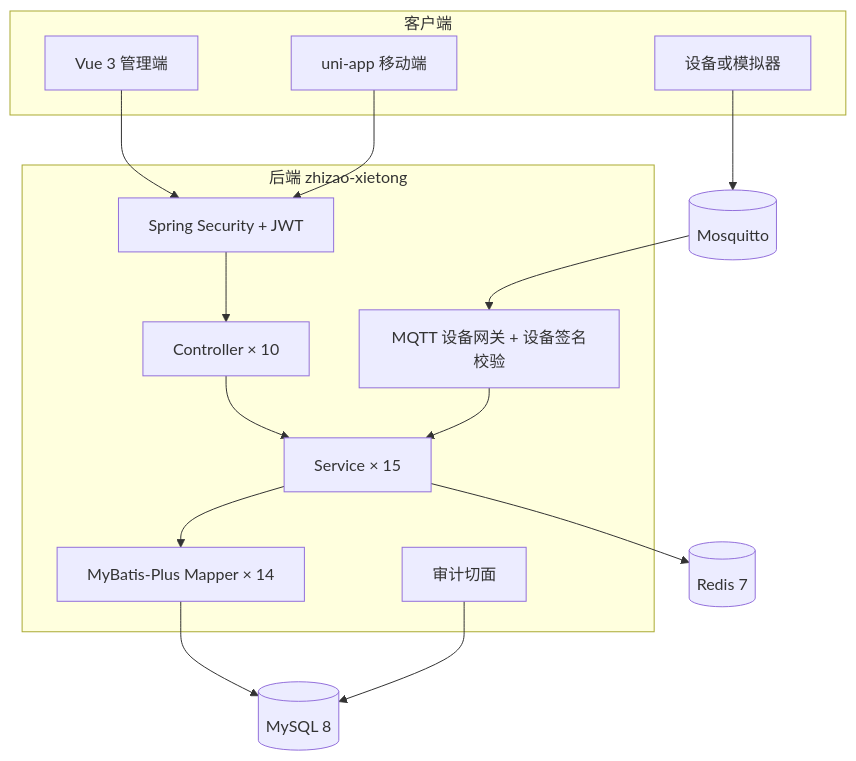
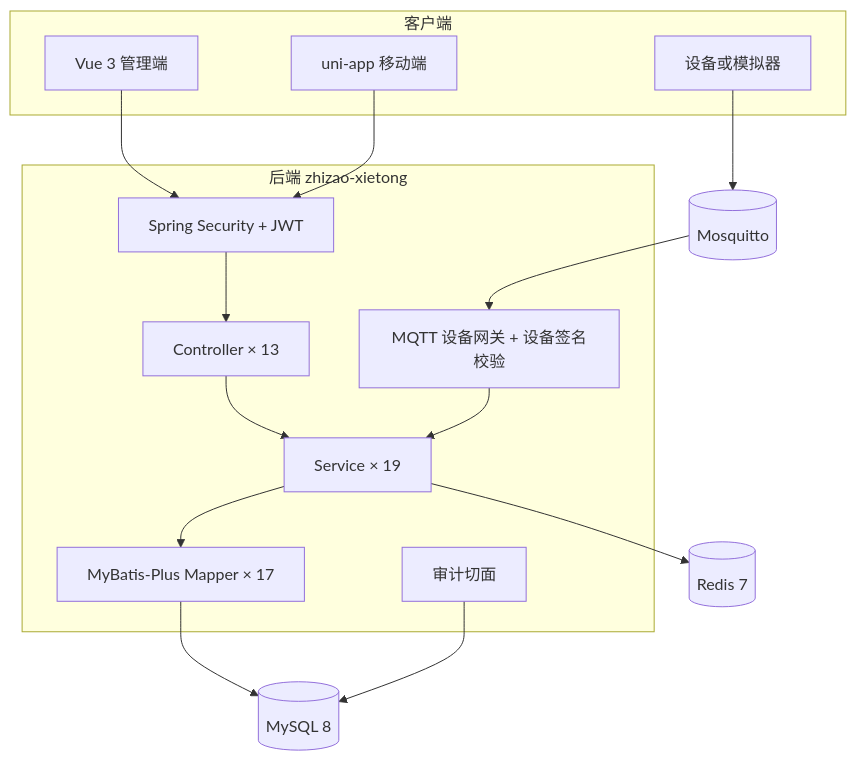
The first of 3 diagrams in docs/ENGINEERING-DESIGN.md (HH112-ux/Industrial-Application), drawn with Mermaid before and after one commit. The commit also changed other lines of this file and 43 other files, not shown here.

````diff
--- a/docs/ENGINEERING-DESIGN.md
+++ b/docs/ENGINEERING-DESIGN.md
@@ -53,31 +53,31 @@
 ```mermaid
 graph TB
     subgraph "客户端"
         Web["Vue 3 管理端"]
         Mobile["uni-app 移动端"]
         Device["设备或模拟器"]
     end
     subgraph "后端 zhizao-xietong"
         Sec["Spring Security + JWT"]
-        Ctrl["Controller × 10"]
-        Svc["Service × 15"]
+        Ctrl["Controller × 13"]
+        Svc["Service × 19"]
         Gateway["MQTT 设备网关 + 设备签名校验"]
         Aspect["审计切面"]
-        Mapper["MyBatis-Plus Mapper × 14"]
+        Mapper["MyBatis-Plus Mapper × 17"]
     end
     DB[("MySQL 8")]
     Redis[("Redis 7")]
     MQ[("Mosquitto")]
 
     Web --> Sec
     Mobile --> Sec
     Sec --> Ctrl
     Ctrl --> Svc
     Svc --> Mapper
     Mapper --> DB
     Device --> MQ
     MQ --> Gateway
     Gateway --> Svc
     Svc --> Redis
     Aspect --> DB
 ```
````
